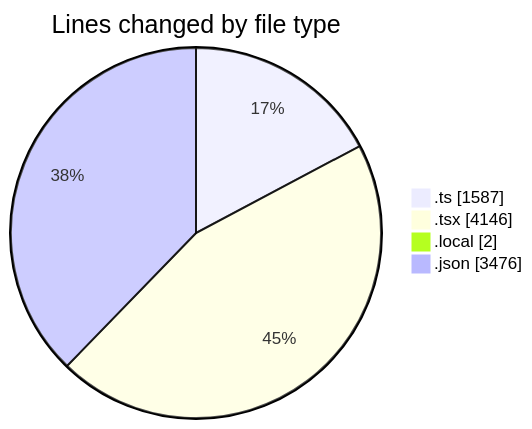
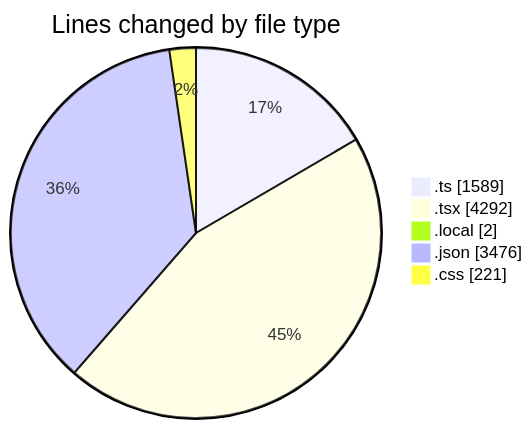
One commit to julien-gomy/code-tracking changed the first of 2 diagrams in 2025-10-28/eventscop-frontend-guide__workspace_/README.md. Above: the diagram before and after it, drawn with Mermaid. The commit also changed other lines of this file and 1 other file, not shown here.

````diff
--- a/2025-10-28/eventscop-frontend-guide__workspace_/README.md
+++ b/2025-10-28/eventscop-frontend-guide__workspace_/README.md
@@ -51,8 +52,9 @@
 ```mermaid
 pie showData
 title Lines changed by file type
-".ts" : 1587
-".tsx" : 4146
+".ts" : 1589
+".tsx" : 4292
 ".local" : 2
 ".json" : 3476
+".css" : 221
 ```
````
